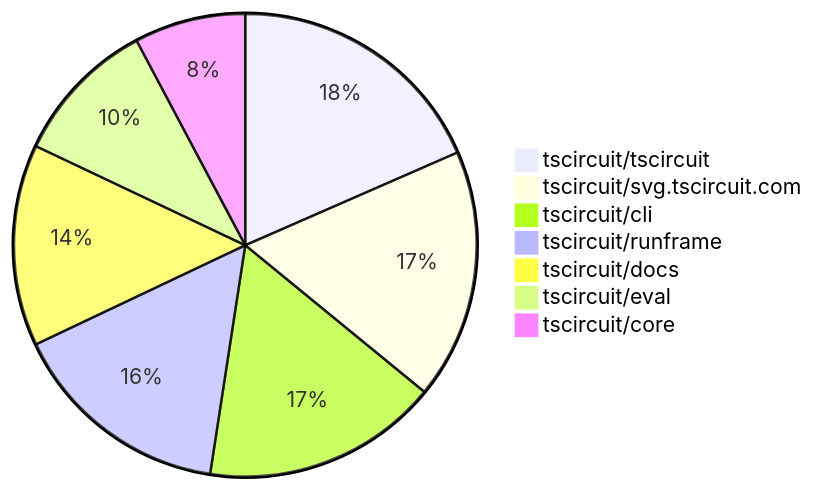
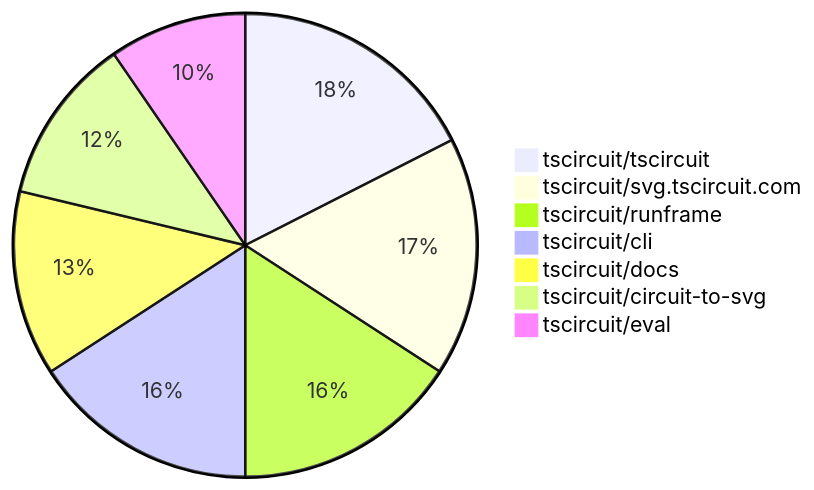
The second of 2 diagrams in README.md (tscircuit/contribution-tracker), drawn with Mermaid before and after one commit. The commit also changed other lines of this file and 3 other files, not shown here.

````diff
--- a/README.md
+++ b/README.md
@@ -132,10 +135,10 @@
 ```mermaid
 pie
-    "tscircuit/tscircuit" : 38
-    "tscircuit/svg.tscircuit.com" : 36
-    "tscircuit/cli" : 34
-    "tscircuit/runframe" : 32
-    "tscircuit/docs" : 29
-    "tscircuit/eval" : 21
-    "tscircuit/core" : 16
+    "tscircuit/tscircuit" : 42
+    "tscircuit/svg.tscircuit.com" : 40
+    "tscircuit/runframe" : 38
+    "tscircuit/cli" : 38
+    "tscircuit/docs" : 31
+    "tscircuit/circuit-to-svg" : 28
+    "tscircuit/eval" : 23
 ```
````
